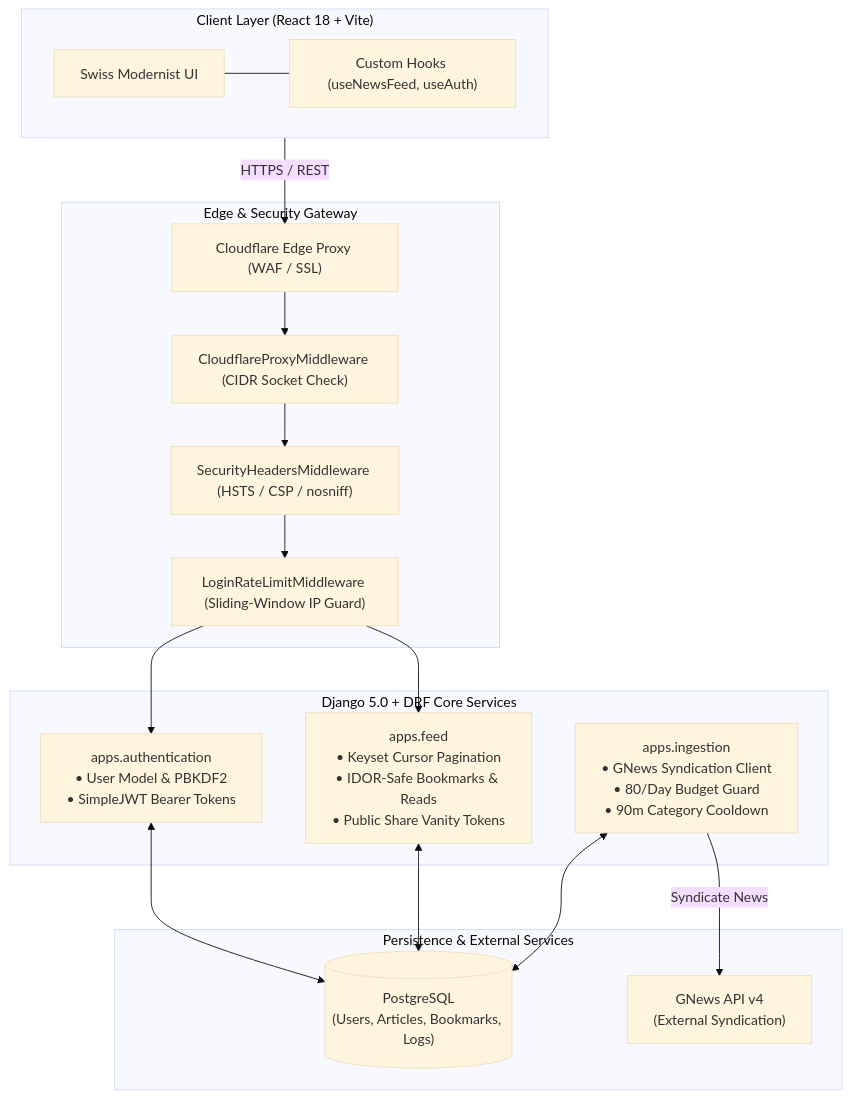
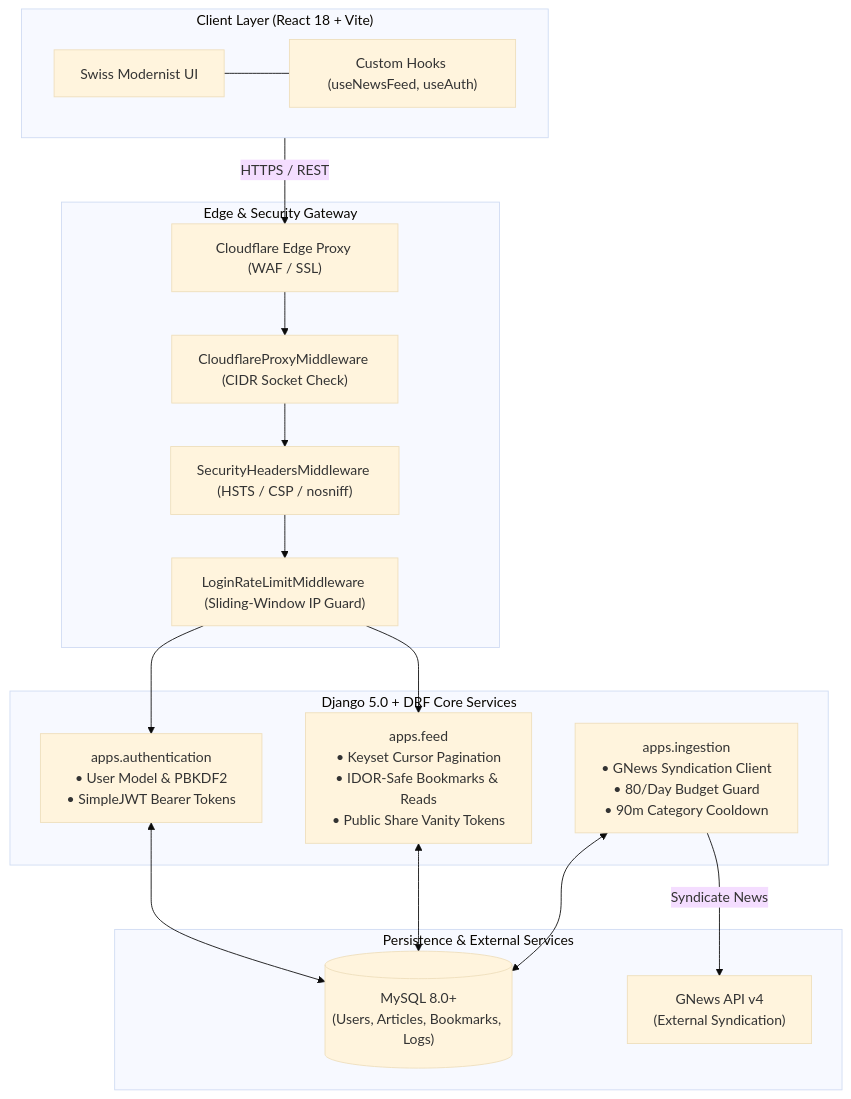
Before and after one commit to SHAIK-FIRDOS-01/News-Article-Platform: the diagram in README.md, drawn with Mermaid (base theme). The commit also changed other lines of this file and 2 other files, not shown here.

Commit message:
refactor(db): configure MySQL 8.0+ as primary database and update documentation

````diff
--- a/README.md
+++ b/README.md
@@ -87,35 +88,35 @@
 ```mermaid
 flowchart TD
     subgraph Client ["Client Layer (React 18 + Vite)"]
         UI["Swiss Modernist UI"]
         Hooks["Custom Hooks (useNewsFeed, useAuth)"]
         UI --- Hooks
     end
 
     subgraph Perimeter ["Edge & Security Gateway"]
         CF["Cloudflare Edge Proxy (WAF / SSL)"]
         MW_Proxy["CloudflareProxyMiddleware (CIDR Socket Check)"]
         MW_Sec["SecurityHeadersMiddleware (HSTS / CSP / nosniff)"]
         MW_Rate["LoginRateLimitMiddleware (Sliding-Window IP Guard)"]
         
         CF --> MW_Proxy --> MW_Sec --> MW_Rate
     end
 
     subgraph Backend ["Django 5.0 + DRF Core Services"]
         AppAuth["apps.authentication\n• User Model & PBKDF2\n• SimpleJWT Bearer Tokens"]
         AppFeed["apps.feed\n• Keyset Cursor Pagination\n• IDOR-Safe Bookmarks & Reads\n• Public Share Vanity Tokens"]
         AppIngest["apps.ingestion\n• GNews Syndication Client\n• 80/Day Budget Guard\n• 90m Category Cooldown"]
     end
 
     subgraph Data ["Persistence & External Services"]
-        Postgres[("PostgreSQL\n(Users, Articles, Bookmarks, Logs)")]
+        MySQL[("MySQL 8.0+\n(Users, Articles, Bookmarks, Logs)")]
         GNews["GNews API v4\n(External Syndication)"]
     end
 
     Client -->|"HTTPS / REST"| CF
     MW_Rate --> AppAuth & AppFeed
     AppIngest -->|"Syndicate News"| GNews
-    AppAuth <--> Postgres
-    AppFeed <--> Postgres
-    AppIngest <--> Postgres
+    AppAuth <--> MySQL
+    AppFeed <--> MySQL
+    AppIngest <--> MySQL
 ```
````
